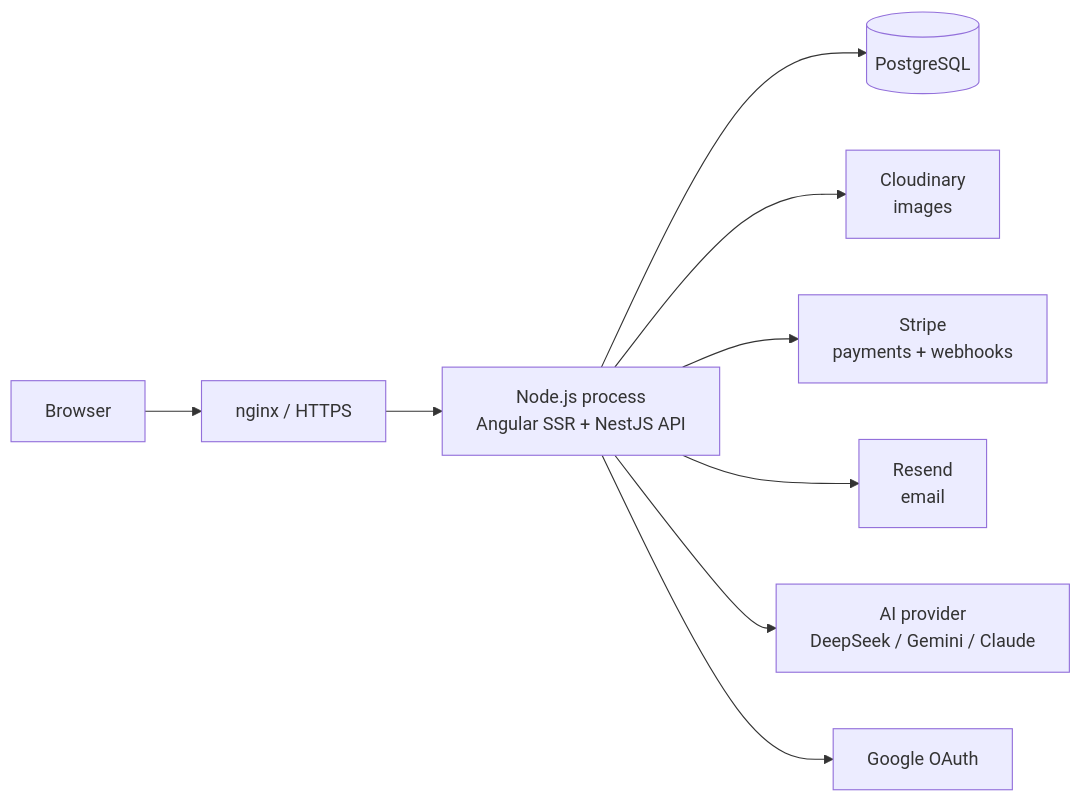
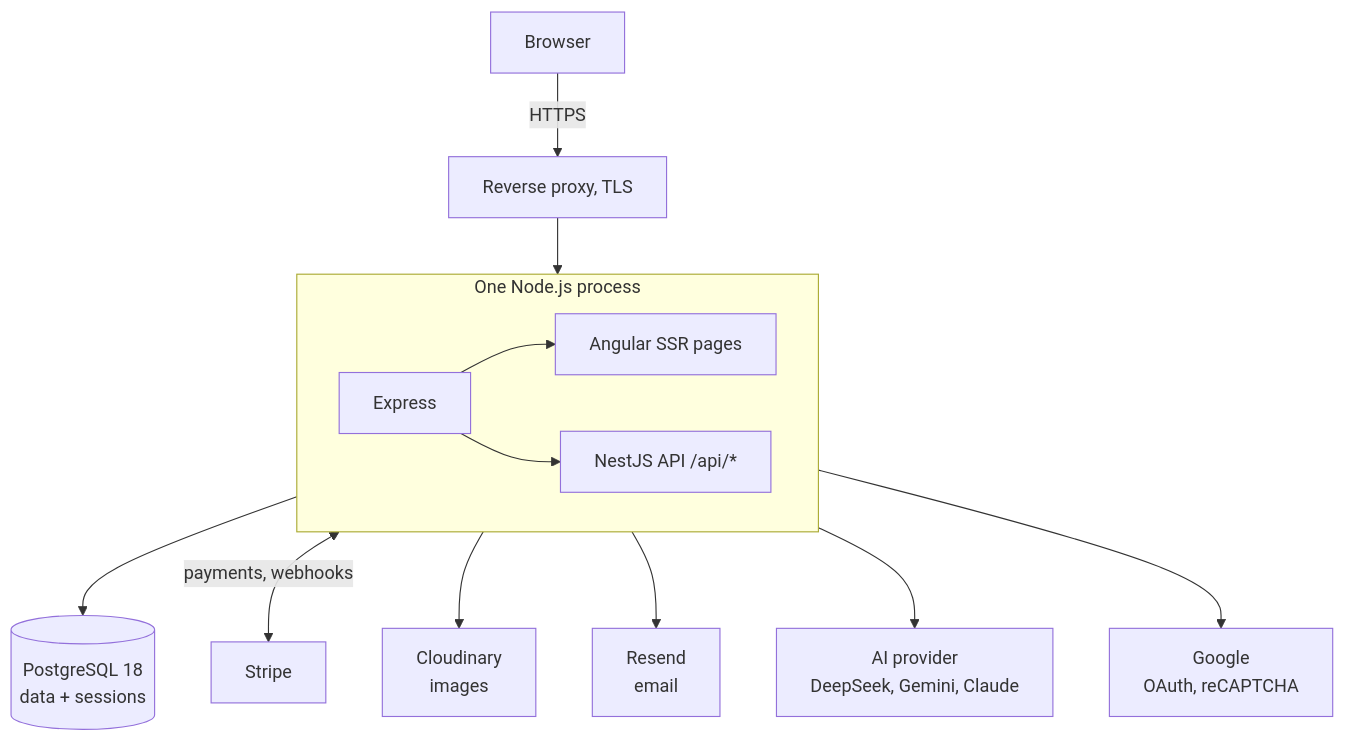
One commit to pararell/eshop_mean changed the diagram in README.md. Above: the diagram before and after it, drawn with Mermaid. The commit also changed other lines of this file and 40 other files, not shown here.

````diff
--- a/README.md
+++ b/README.md
@@ -72,11 +114,18 @@
 ```mermaid
-flowchart LR
-    B[Browser] --> N[nginx / HTTPS]
-    N --> A["Node.js process<br/>Angular SSR + NestJS API"]
-    A --> P[(PostgreSQL)]
-    A --> C[Cloudinary<br/>images]
-    A --> S[Stripe<br/>payments + webhooks]
-    A --> R[Resend<br/>email]
-    A --> L[AI provider<br/>DeepSeek / Gemini / Claude]
-    A --> G[Google OAuth]
+flowchart TB
+    B[Browser] -->|HTTPS| X[Reverse proxy, TLS]
+    X --> E
+
+    subgraph N[One Node.js process]
+        direction LR
+        E[Express] --> SSR[Angular SSR pages]
+        E --> API[NestJS API /api/*]
+    end
+
+    API --> P[(PostgreSQL 18<br/>data + sessions)]
+    API <-->|payments, webhooks| S[Stripe]
+    API --> C[Cloudinary<br/>images]
+    API --> R[Resend<br/>email]
+    API --> L[AI provider<br/>DeepSeek, Gemini, Claude]
+    API --> G[Google<br/>OAuth, reCAPTCHA]
 ```
````
